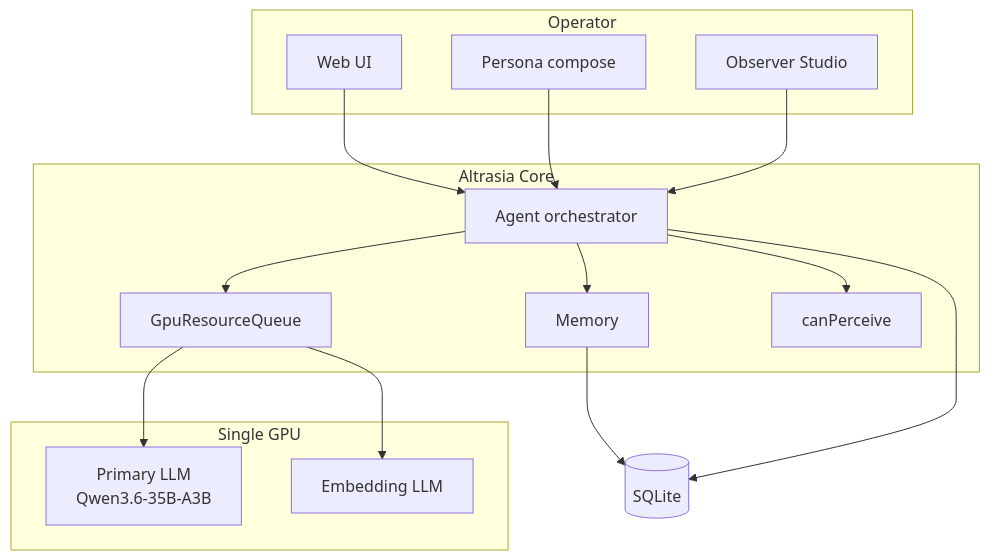
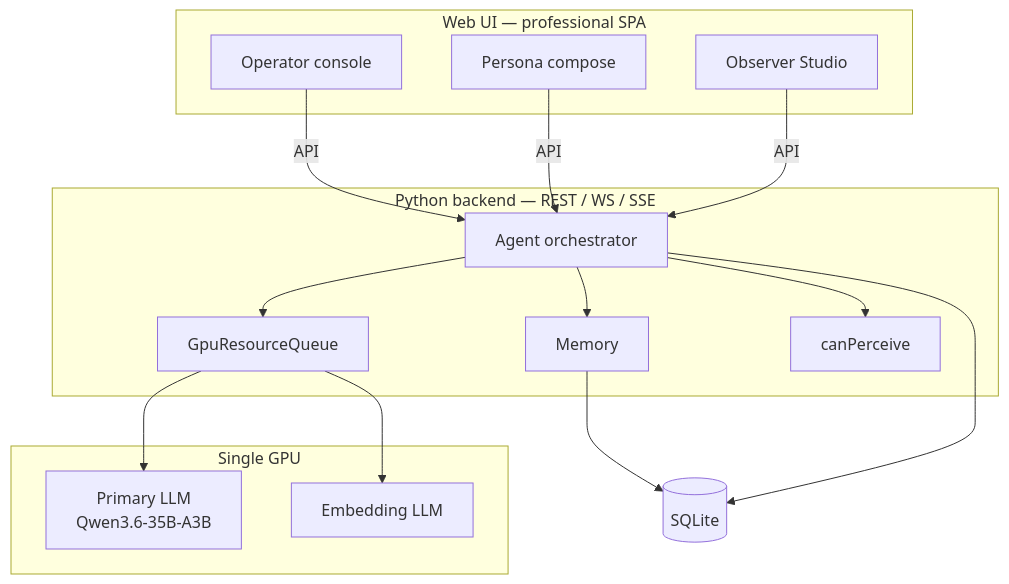
Before and after one commit to claywar/Altrasia: the diagram in docs/README.md, drawn with Mermaid. The commit also changed other lines of this file and 35 other files, not shown here.

First line of the commit message:
docs: Define Python-first backend and professional Web UI architecture

````diff
--- a/docs/README.md
+++ b/docs/README.md
@@ -63,33 +64,33 @@
 ```mermaid
 flowchart TB
-  subgraph client [Operator]
-    WebUI[Web UI]
+  subgraph client [Web UI — professional SPA]
+    WebUI[Operator console]
     Persona[Persona compose]
     Studio[Observer Studio]
   end
 
-  subgraph core [Altrasia Core]
+  subgraph api [Python backend — REST / WS / SSE]
     AO[Agent orchestrator]
     IQ[GpuResourceQueue]
     Mem[Memory]
     Perc[canPerceive]
   end
 
   subgraph gpu [Single GPU]
     Primary["Primary LLM\nQwen3.6-35B-A3B"]
     Embed[Embedding LLM]
   end
 
   DB[(SQLite)]
 
-  WebUI --> AO
-  Persona --> AO
-  Studio --> AO
+  WebUI -->|API| AO
+  Persona -->|API| AO
+  Studio -->|API| AO
   AO --> IQ
   AO --> Mem
   AO --> Perc
   IQ --> Primary
   IQ --> Embed
   Mem --> DB
   AO --> DB
 ```
````
